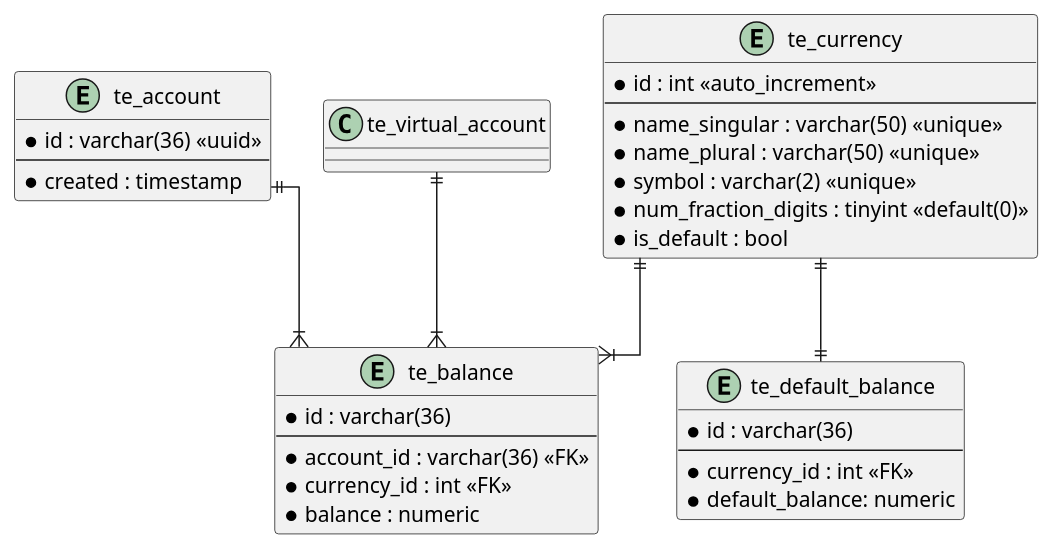
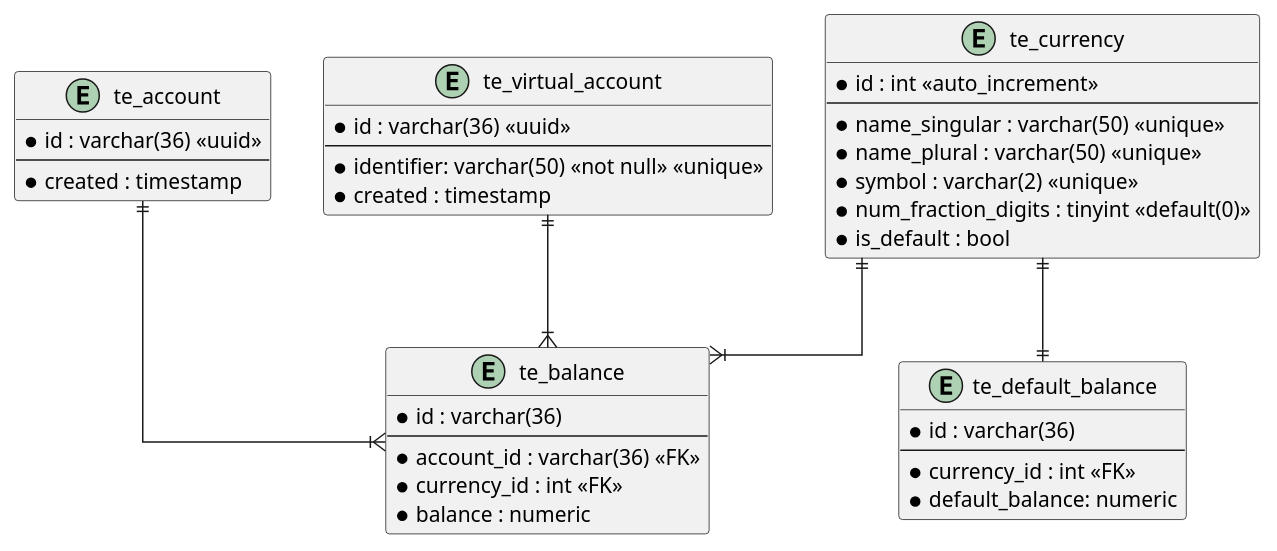
The diagram in design/database.puml (ericgrandt/TotalEconomy), drawn with PlantUML before and after one commit.

```diff
--- a/design/database.puml
+++ b/design/database.puml
@@ -1,40 +1,47 @@
 @startuml Database Design
 
 skinparam linetype ortho
 
 entity te_account {
     * id : varchar(36) <<uuid>>
     --
+    * created : timestamp
+}
+
+entity te_virtual_account {
+    * id : varchar(36) <<uuid>>
+    --
+    * identifier: varchar(50) <<not null>> <<unique>>
     * created : timestamp
 }
 
 entity te_currency {
     * id : int <<auto_increment>>
     --
     * name_singular : varchar(50) <<unique>>
     * name_plural : varchar(50) <<unique>>
     * symbol : varchar(2) <<unique>>
     * num_fraction_digits : tinyint <<default(0)>>
     * is_default : bool
 }
 
 entity te_default_balance {
     * id : varchar(36)
     --
     * currency_id : int <<FK>>
     * default_balance: numeric
 }
 
 entity te_balance {
     * id : varchar(36)
     --
     * account_id : varchar(36) <<FK>>
     * currency_id : int <<FK>>
     * balance : numeric
 }
 
 te_account ||--|{ te_balance
 te_virtual_account ||--|{ te_balance
 te_currency ||--|{ te_balance
 te_currency ||--|| te_default_balance
 @enduml
```
